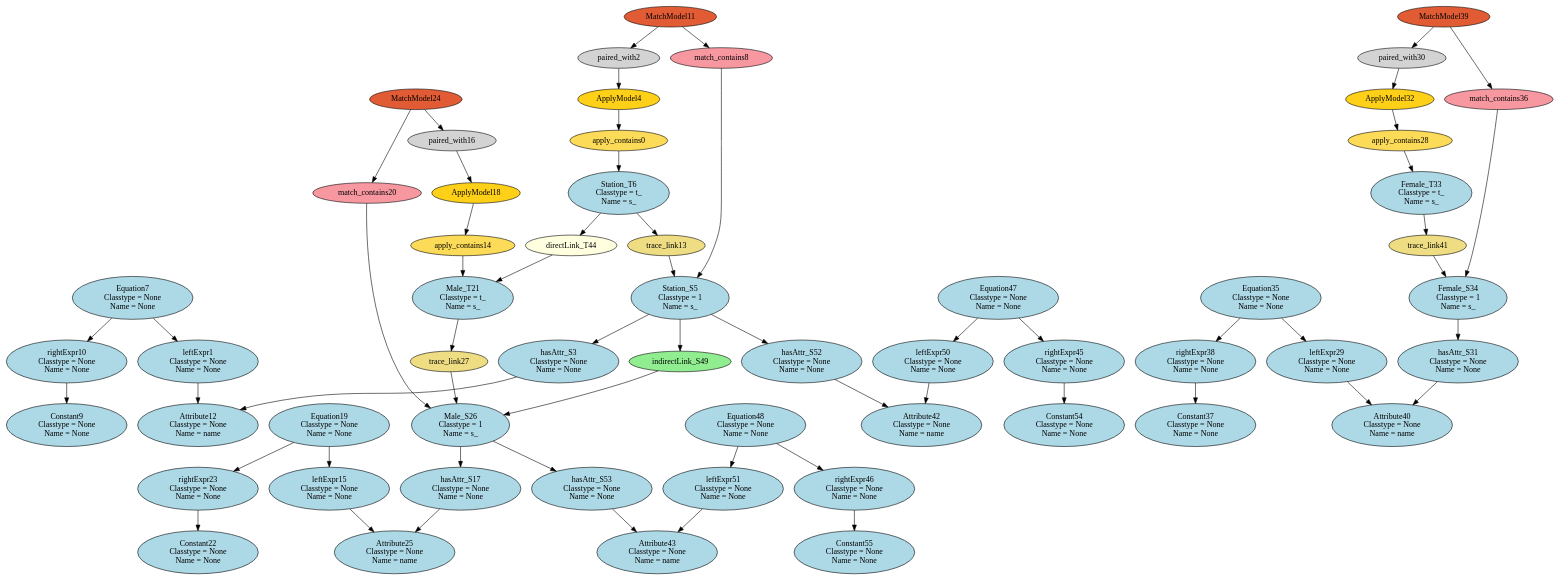
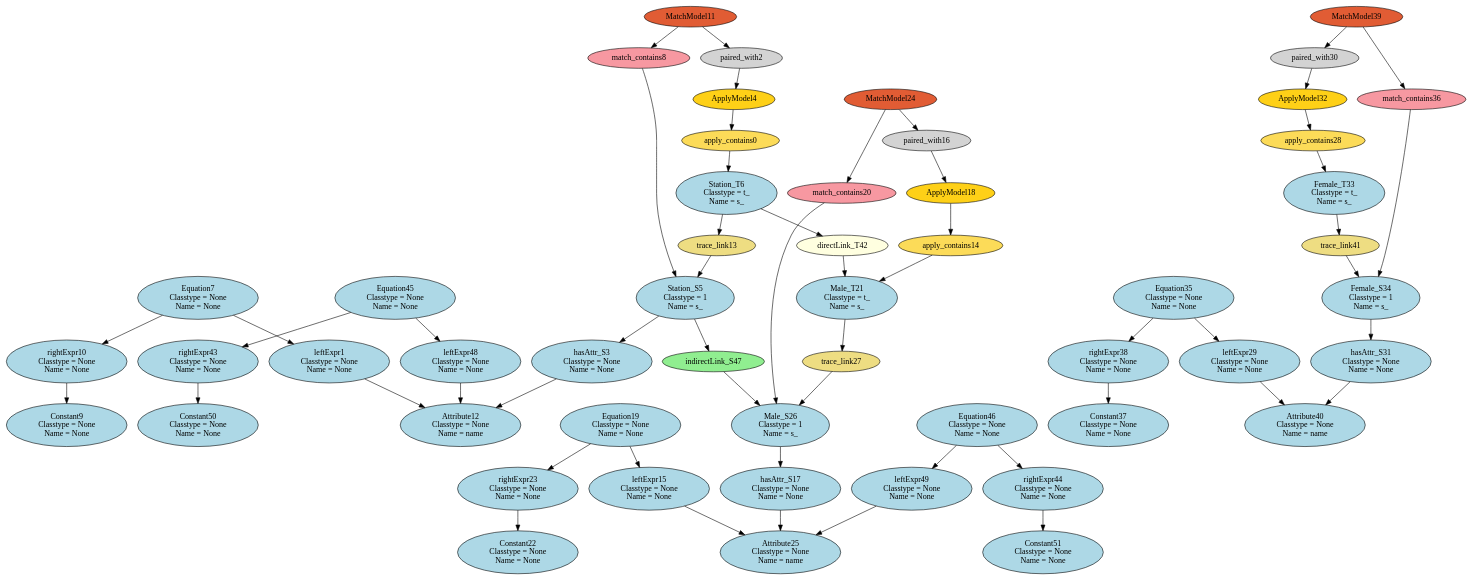
One commit to levilucio/SyVOLT changed the diagram in dot/HEmptyPathCondition_HS2S_HM2M_HF2F_HSM2SM.dot. Above: the diagram before and after it, drawn with Graphviz. The commit also changed 141 other files, not shown here.

```diff
--- a/dot/HEmptyPathCondition_HS2S_HM2M_HF2F_HSM2SM.dot
+++ b/dot/HEmptyPathCondition_HS2S_HM2M_HF2F_HSM2SM.dot
@@ -1,116 +1,108 @@
 digraph HEmptyPathCondition_HS2S_HM2M_HF2F_HSM2SM {
 apply_contains0 [style=filled, fillcolor="#FCDB58"];
 "leftExpr1\n Classtype = None\n Name = None" [style=filled, fillcolor=lightblue];
 paired_with2 [style=filled, fillcolor=lightgray];
 "hasAttr_S3\n Classtype = None\n Name = None" [style=filled, fillcolor=lightblue];
 ApplyModel4 [style=filled, fillcolor="#FED017"];
 "Station_S5\n Classtype = 1\n Name = s_" [style=filled, fillcolor=lightblue];
 "Station_T6\n Classtype = t_\n Name = s_" [style=filled, fillcolor=lightblue];
 "Equation7\n Classtype = None\n Name = None" [style=filled, fillcolor=lightblue];
 match_contains8 [style=filled, fillcolor="#F798A1"];
 "Constant9\n Classtype = None\n Name = None" [style=filled, fillcolor=lightblue];
 "rightExpr10\n Classtype = None\n Name = None" [style=filled, fillcolor=lightblue];
 MatchModel11 [style=filled, fillcolor="#E15C34"];
 "Attribute12\n Classtype = None\n Name = name" [style=filled, fillcolor=lightblue];
 trace_link13 [style=filled, fillcolor=lightgoldenrod];
 apply_contains14 [style=filled, fillcolor="#FCDB58"];
 "leftExpr15\n Classtype = None\n Name = None" [style=filled, fillcolor=lightblue];
 paired_with16 [style=filled, fillcolor=lightgray];
 "hasAttr_S17\n Classtype = None\n Name = None" [style=filled, fillcolor=lightblue];
 ApplyModel18 [style=filled, fillcolor="#FED017"];
 "Equation19\n Classtype = None\n Name = None" [style=filled, fillcolor=lightblue];
 match_contains20 [style=filled, fillcolor="#F798A1"];
 "Male_T21\n Classtype = t_\n Name = s_" [style=filled, fillcolor=lightblue];
 "Constant22\n Classtype = None\n Name = None" [style=filled, fillcolor=lightblue];
 "rightExpr23\n Classtype = None\n Name = None" [style=filled, fillcolor=lightblue];
 MatchModel24 [style=filled, fillcolor="#E15C34"];
 "Attribute25\n Classtype = None\n Name = name" [style=filled, fillcolor=lightblue];
 "Male_S26\n Classtype = 1\n Name = s_" [style=filled, fillcolor=lightblue];
 trace_link27 [style=filled, fillcolor=lightgoldenrod];
 apply_contains28 [style=filled, fillcolor="#FCDB58"];
 "leftExpr29\n Classtype = None\n Name = None" [style=filled, fillcolor=lightblue];
 paired_with30 [style=filled, fillcolor=lightgray];
 "hasAttr_S31\n Classtype = None\n Name = None" [style=filled, fillcolor=lightblue];
 ApplyModel32 [style=filled, fillcolor="#FED017"];
 "Female_T33\n Classtype = t_\n Name = s_" [style=filled, fillcolor=lightblue];
 "Female_S34\n Classtype = 1\n Name = s_" [style=filled, fillcolor=lightblue];
 "Equation35\n Classtype = None\n Name = None" [style=filled, fillcolor=lightblue];
 match_contains36 [style=filled, fillcolor="#F798A1"];
 "Constant37\n Classtype = None\n Name = None" [style=filled, fillcolor=lightblue];
 "rightExpr38\n Classtype = None\n Name = None" [style=filled, fillcolor=lightblue];
 MatchModel39 [style=filled, fillcolor="#E15C34"];
 "Attribute40\n Classtype = None\n Name = name" [style=filled, fillcolor=lightblue];
 trace_link41 [style=filled, fillcolor=lightgoldenrod];
-"Attribute42\n Classtype = None\n Name = name" [style=filled, fillcolor=lightblue];
-"Attribute43\n Classtype = None\n Name = name" [style=filled, fillcolor=lightblue];
-"directLink_T44\n" [style=filled, fillcolor=lightyellow];
-"rightExpr45\n Classtype = None\n Name = None" [style=filled, fillcolor=lightblue];
-"rightExpr46\n Classtype = None\n Name = None" [style=filled, fillcolor=lightblue];
-"Equation47\n Classtype = None\n Name = None" [style=filled, fillcolor=lightblue];
-"Equation48\n Classtype = None\n Name = None" [style=filled, fillcolor=lightblue];
-indirectLink_S49 [style=filled, fillcolor=lightgreen];
-"leftExpr50\n Classtype = None\n Name = None" [style=filled, fillcolor=lightblue];
-"leftExpr51\n Classtype = None\n Name = None" [style=filled, fillcolor=lightblue];
-"hasAttr_S52\n Classtype = None\n Name = None" [style=filled, fillcolor=lightblue];
-"hasAttr_S53\n Classtype = None\n Name = None" [style=filled, fillcolor=lightblue];
-"Constant54\n Classtype = None\n Name = None" [style=filled, fillcolor=lightblue];
-"Constant55\n Classtype = None\n Name = None" [style=filled, fillcolor=lightblue];
+"directLink_T42\n" [style=filled, fillcolor=lightyellow];
+"rightExpr43\n Classtype = None\n Name = None" [style=filled, fillcolor=lightblue];
+"rightExpr44\n Classtype = None\n Name = None" [style=filled, fillcolor=lightblue];
+"Equation45\n Classtype = None\n Name = None" [style=filled, fillcolor=lightblue];
+"Equation46\n Classtype = None\n Name = None" [style=filled, fillcolor=lightblue];
+indirectLink_S47 [style=filled, fillcolor=lightgreen];
+"leftExpr48\n Classtype = None\n Name = None" [style=filled, fillcolor=lightblue];
+"leftExpr49\n Classtype = None\n Name = None" [style=filled, fillcolor=lightblue];
+"Constant50\n Classtype = None\n Name = None" [style=filled, fillcolor=lightblue];
+"Constant51\n Classtype = None\n Name = None" [style=filled, fillcolor=lightblue];
 ApplyModel4 -> apply_contains0;
 apply_contains0 -> "Station_T6\n Classtype = t_\n Name = s_";
 "Equation7\n Classtype = None\n Name = None" -> "leftExpr1\n Classtype = None\n Name = None";
 "leftExpr1\n Classtype = None\n Name = None" -> "Attribute12\n Classtype = None\n Name = name";
 MatchModel11 -> paired_with2;
 paired_with2 -> ApplyModel4;
 "Station_S5\n Classtype = 1\n Name = s_" -> "hasAttr_S3\n Classtype = None\n Name = None";
 "hasAttr_S3\n Classtype = None\n Name = None" -> "Attribute12\n Classtype = None\n Name = name";
 match_contains8 -> "Station_S5\n Classtype = 1\n Name = s_";
 "Equation7\n Classtype = None\n Name = None" -> "rightExpr10\n Classtype = None\n Name = None";
 MatchModel11 -> match_contains8;
 "rightExpr10\n Classtype = None\n Name = None" -> "Constant9\n Classtype = None\n Name = None";
 trace_link13 -> "Station_S5\n Classtype = 1\n Name = s_";
 "Station_T6\n Classtype = t_\n Name = s_" -> trace_link13;
 ApplyModel18 -> apply_contains14;
 apply_contains14 -> "Male_T21\n Classtype = t_\n Name = s_";
 "Equation19\n Classtype = None\n Name = None" -> "leftExpr15\n Classtype = None\n Name = None";
 "leftExpr15\n Classtype = None\n Name = None" -> "Attribute25\n Classtype = None\n Name = name";
 MatchModel24 -> paired_with16;
 paired_with16 -> ApplyModel18;
 "Male_S26\n Classtype = 1\n Name = s_" -> "hasAttr_S17\n Classtype = None\n Name = None";
 "hasAttr_S17\n Classtype = None\n Name = None" -> "Attribute25\n Classtype = None\n Name = name";
 "Equation19\n Classtype = None\n Name = None" -> "rightExpr23\n Classtype = None\n Name = None";
 MatchModel24 -> match_contains20;
 match_contains20 -> "Male_S26\n Classtype = 1\n Name = s_";
 "rightExpr23\n Classtype = None\n Name = None" -> "Constant22\n Classtype = None\n Name = None";
 trace_link27 -> "Male_S26\n Classtype = 1\n Name = s_";
 "Male_T21\n Classtype = t_\n Name = s_" -> trace_link27;
 ApplyModel32 -> apply_contains28;
 apply_contains28 -> "Female_T33\n Classtype = t_\n Name = s_";
 "Equation35\n Classtype = None\n Name = None" -> "leftExpr29\n Classtype = None\n Name = None";
 "leftExpr29\n Classtype = None\n Name = None" -> "Attribute40\n Classtype = None\n Name = name";
 MatchModel39 -> paired_with30;
 paired_with30 -> ApplyModel32;
 "Female_S34\n Classtype = 1\n Name = s_" -> "hasAttr_S31\n Classtype = None\n Name = None";
 "hasAttr_S31\n Classtype = None\n Name = None" -> "Attribute40\n Classtype = None\n Name = name";
 match_contains36 -> "Female_S34\n Classtype = 1\n Name = s_";
 "Equation35\n Classtype = None\n Name = None" -> "rightExpr38\n Classtype = None\n Name = None";
 MatchModel39 -> match_contains36;
 "rightExpr38\n Classtype = None\n Name = None" -> "Constant37\n Classtype = None\n Name = None";
 trace_link41 -> "Female_S34\n Classtype = 1\n Name = s_";
 "Female_T33\n Classtype = t_\n Name = s_" -> trace_link41;
-"Station_S5\n Classtype = 1\n Name = s_" -> indirectLink_S49;
-indirectLink_S49 -> "Male_S26\n Classtype = 1\n Name = s_";
-"Station_T6\n Classtype = t_\n Name = s_" -> "directLink_T44\n";
-"directLink_T44\n" -> "Male_T21\n Classtype = t_\n Name = s_";
-"hasAttr_S52\n Classtype = None\n Name = None" -> "Attribute42\n Classtype = None\n Name = name";
-"leftExpr50\n Classtype = None\n Name = None" -> "Attribute42\n Classtype = None\n Name = name";
-"Equation47\n Classtype = None\n Name = None" -> "rightExpr45\n Classtype = None\n Name = None";
-"Equation47\n Classtype = None\n Name = None" -> "leftExpr50\n Classtype = None\n Name = None";
-"rightExpr45\n Classtype = None\n Name = None" -> "Constant54\n Classtype = None\n Name = None";
-"Station_S5\n Classtype = 1\n Name = s_" -> "hasAttr_S52\n Classtype = None\n Name = None";
-"hasAttr_S53\n Classtype = None\n Name = None" -> "Attribute43\n Classtype = None\n Name = name";
-"leftExpr51\n Classtype = None\n Name = None" -> "Attribute43\n Classtype = None\n Name = name";
-"Equation48\n Classtype = None\n Name = None" -> "rightExpr46\n Classtype = None\n Name = None";
-"Equation48\n Classtype = None\n Name = None" -> "leftExpr51\n Classtype = None\n Name = None";
-"rightExpr46\n Classtype = None\n Name = None" -> "Constant55\n Classtype = None\n Name = None";
-"Male_S26\n Classtype = 1\n Name = s_" -> "hasAttr_S53\n Classtype = None\n Name = None";
+"Station_S5\n Classtype = 1\n Name = s_" -> indirectLink_S47;
+indirectLink_S47 -> "Male_S26\n Classtype = 1\n Name = s_";
+"Station_T6\n Classtype = t_\n Name = s_" -> "directLink_T42\n";
+"directLink_T42\n" -> "Male_T21\n Classtype = t_\n Name = s_";
+"Equation45\n Classtype = None\n Name = None" -> "rightExpr43\n Classtype = None\n Name = None";
+"Equation45\n Classtype = None\n Name = None" -> "leftExpr48\n Classtype = None\n Name = None";
+"rightExpr43\n Classtype = None\n Name = None" -> "Constant50\n Classtype = None\n Name = None";
+"Equation46\n Classtype = None\n Name = None" -> "rightExpr44\n Classtype = None\n Name = None";
+"Equation46\n Classtype = None\n Name = None" -> "leftExpr49\n Classtype = None\n Name = None";
+"rightExpr44\n Classtype = None\n Name = None" -> "Constant51\n Classtype = None\n Name = None";
+"leftExpr48\n Classtype = None\n Name = None" -> "Attribute12\n Classtype = None\n Name = name";
+"leftExpr49\n Classtype = None\n Name = None" -> "Attribute25\n Classtype = None\n Name = name";
 }
```
